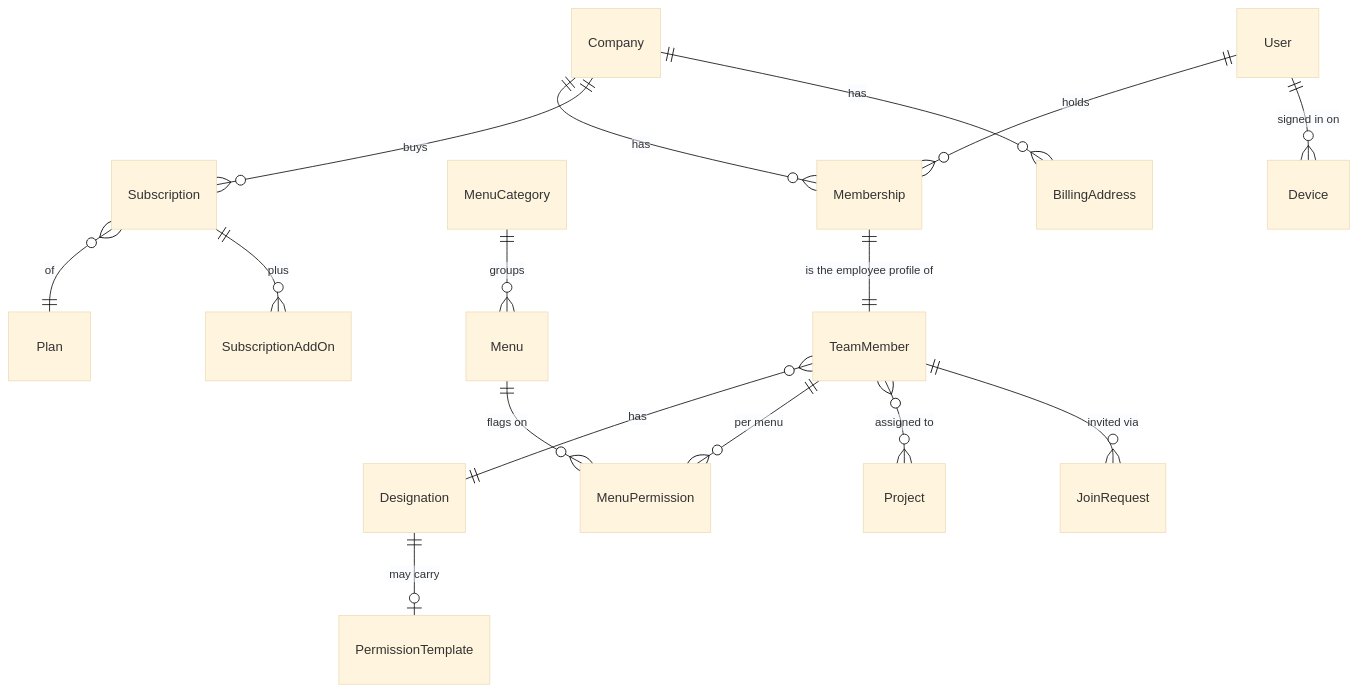
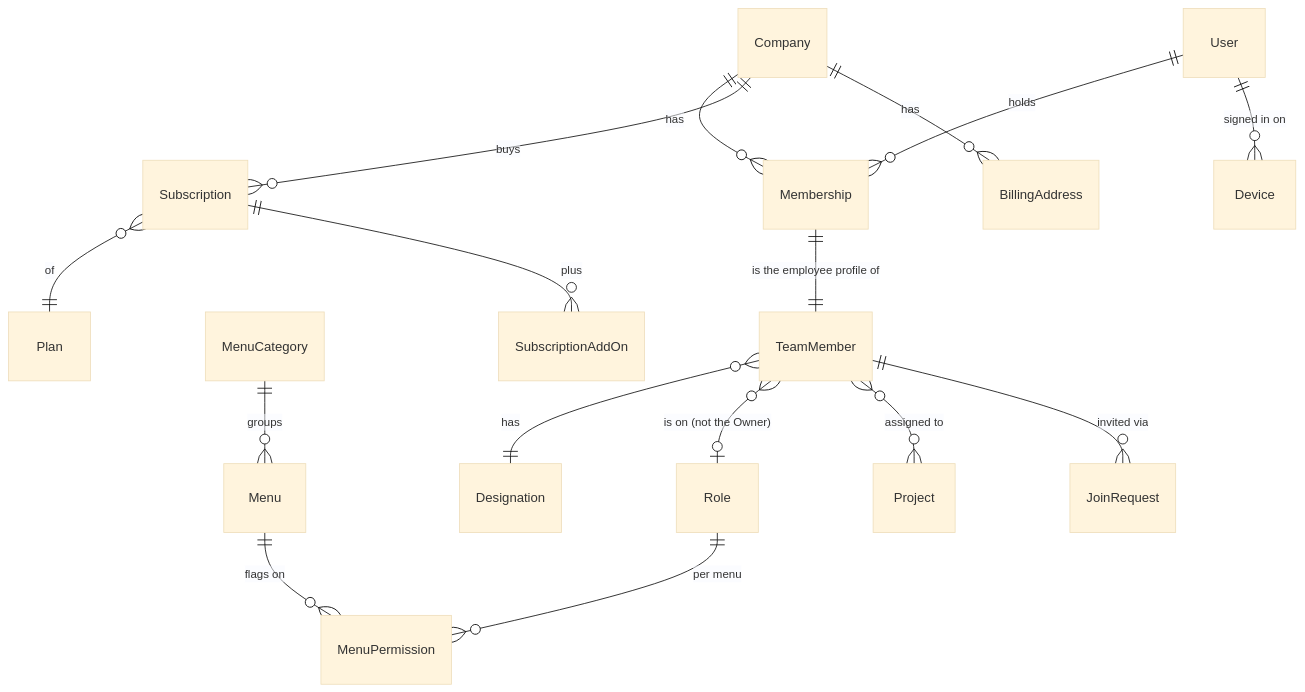
The first of 10 diagrams in apps/construction-management/docs/01-domain-model.md (arunselvakumar/white-board), drawn with Mermaid (base theme) before and after one commit. The commit also changed other lines of this file and 195 other files, not shown here.

````diff
--- a/apps/construction-management/docs/01-domain-model.md
+++ b/apps/construction-management/docs/01-domain-model.md
@@ -9,18 +9,18 @@
 ```mermaid
 erDiagram
     Company ||--o{ Membership : has
     User ||--o{ Membership : holds
     Membership ||--|| TeamMember : "is the employee profile of"
     TeamMember }o--|| Designation : "has"
-    Designation ||--o| PermissionTemplate : "may carry"
-    TeamMember ||--o{ MenuPermission : "per menu"
+    TeamMember }o--o| Role : "is on (not the Owner)"
+    Role ||--o{ MenuPermission : "per menu"
     Menu ||--o{ MenuPermission : "flags on"
     MenuCategory ||--o{ Menu : groups
     TeamMember }o--o{ Project : "assigned to"
     Company ||--o{ Subscription : "buys"
     Subscription }o--|| Plan : "of"
     Subscription ||--o{ SubscriptionAddOn : "plus"
     Company ||--o{ BillingAddress : has
     User ||--o{ Device : "signed in on"
     TeamMember ||--o{ JoinRequest : "invited via"
 ```
````
